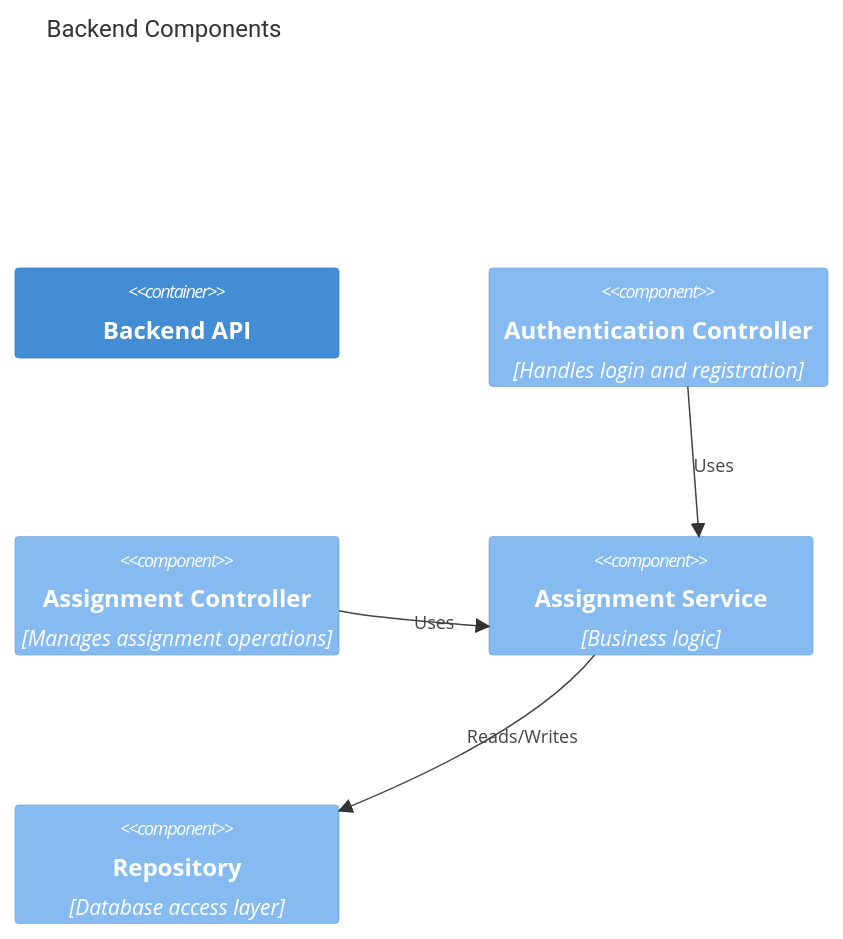
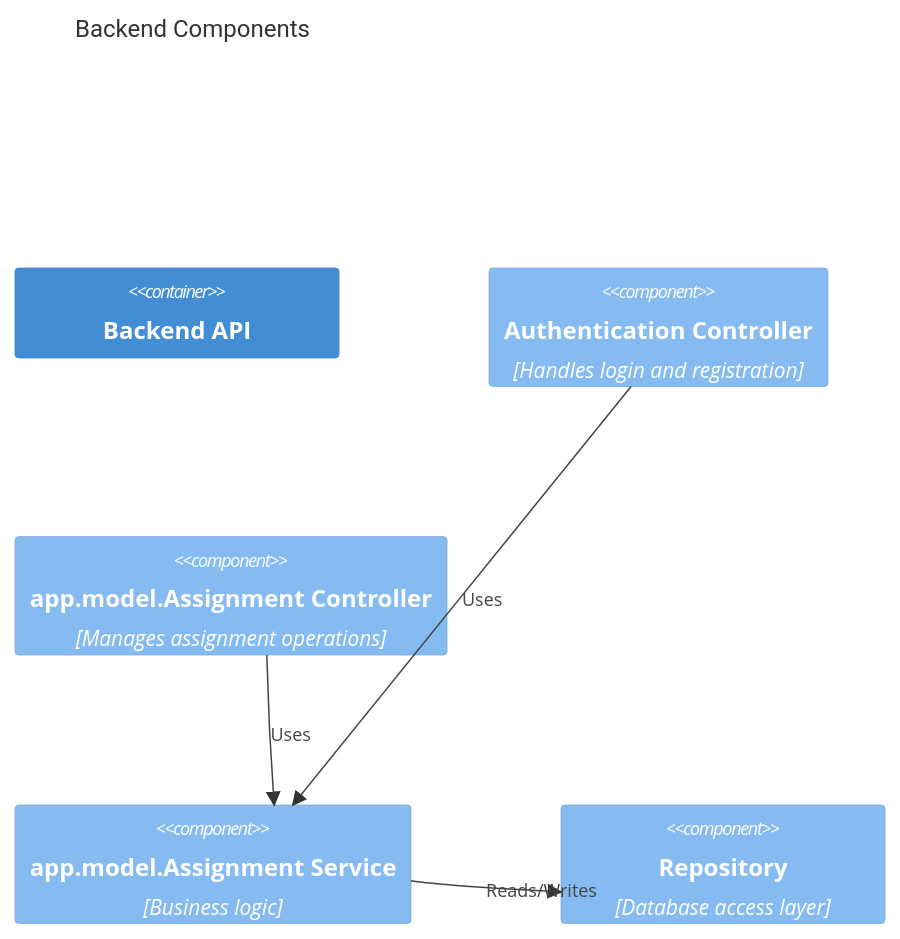
The third of 3 diagrams in ARCHITECTURE.md (Leonard-CM/student-assignment-tracker), drawn with Mermaid before and after one commit. The commit also changed other lines of this file and 79 other files, not shown here.

````diff
--- a/ARCHITECTURE.md
+++ b/ARCHITECTURE.md
@@ -62,18 +62,18 @@
 ```mermaid
 C4Component
     title Backend Components
 
     Container(api, "Backend API")
 
     Component(auth, "Authentication Controller", "Handles login and registration")
 
-    Component(assignments, "Assignment Controller", "Manages assignment operations")
+    Component(assignments, "app.model.Assignment Controller", "Manages assignment operations")
 
-    Component(service, "Assignment Service", "Business logic")
+    Component(service, "app.model.Assignment Service", "Business logic")
 
     Component(repo, "Repository", "Database access layer")
 
     Rel(auth, service, "Uses")
     Rel(assignments, service, "Uses")
     Rel(service, repo, "Reads/Writes")
 ```
````
